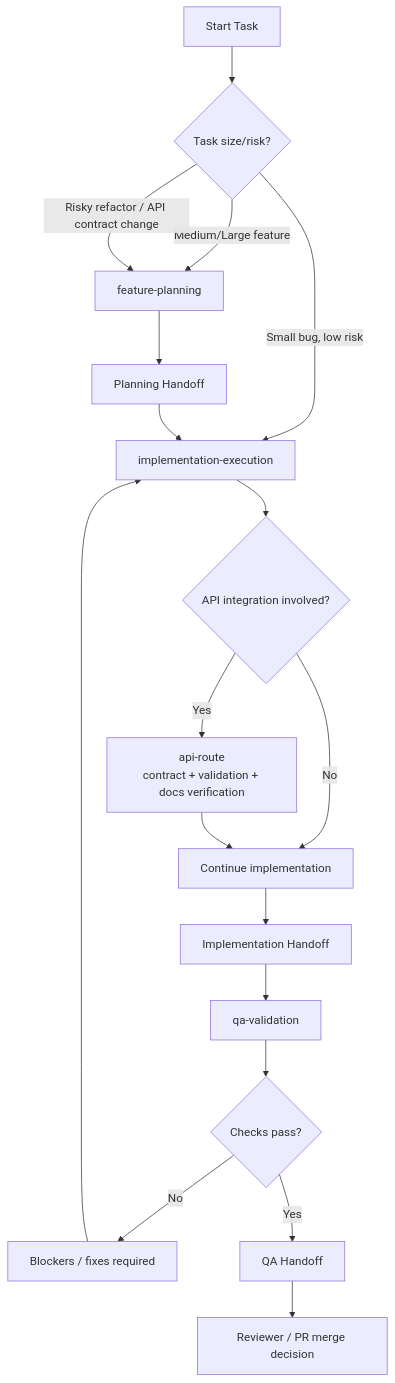
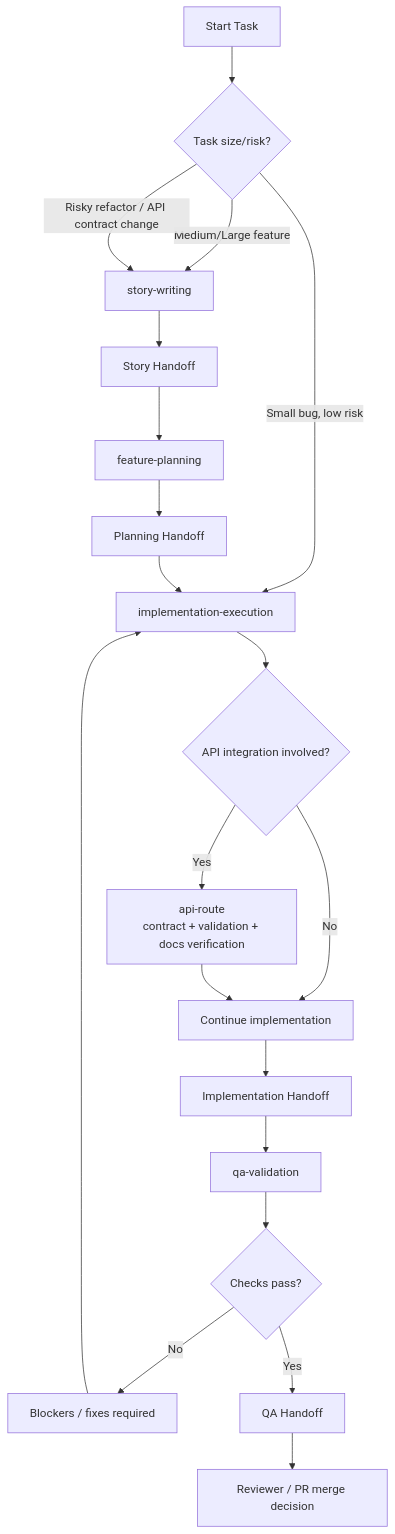
Before and after one commit to hajareshyam/nextjs-agentic-starter: the diagram in .cursor/skills/README.md, drawn with Mermaid. The commit also changed other lines of this file and 1 other file, not shown here.

Commit message:
add story skill

````diff
--- a/.cursor/skills/README.md
+++ b/.cursor/skills/README.md
@@ -176,27 +206,29 @@
 ```mermaid
 flowchart TD
     A[Start Task] --> B{Task size/risk?}
 
     B -->|Small bug, low risk| C[implementation-execution]
-    B -->|Medium/Large feature| D[feature-planning]
+    B -->|Medium/Large feature| D[story-writing]
     B -->|Risky refactor / API contract change| D
 
-    D --> E[Planning Handoff]
-    E --> C
+    D --> E[Story Handoff]
+    E --> F[feature-planning]
+    F --> G[Planning Handoff]
+    G --> C
 
-    C --> F{API integration involved?}
-    F -->|Yes| G[api-route<br/>contract + validation + docs verification]
-    F -->|No| H[Continue implementation]
+    C --> H{API integration involved?}
+    H -->|Yes| I[api-route<br/>contract + validation + docs verification]
+    H -->|No| J[Continue implementation]
 
-    G --> H
-    H --> I[Implementation Handoff]
+    I --> J
+    J --> K[Implementation Handoff]
 
-    I --> J[qa-validation]
-    J --> K{Checks pass?}
+    K --> L[qa-validation]
+    L --> M{Checks pass?}
 
-    K -->|No| L[Blockers / fixes required]
-    L --> C
+    M -->|No| N[Blockers / fixes required]
+    N --> C
 
-    K -->|Yes| M[QA Handoff]
-    M --> N[Reviewer / PR merge decision]
+    M -->|Yes| O[QA Handoff]
+    O --> P[Reviewer / PR merge decision]
 ```
````
